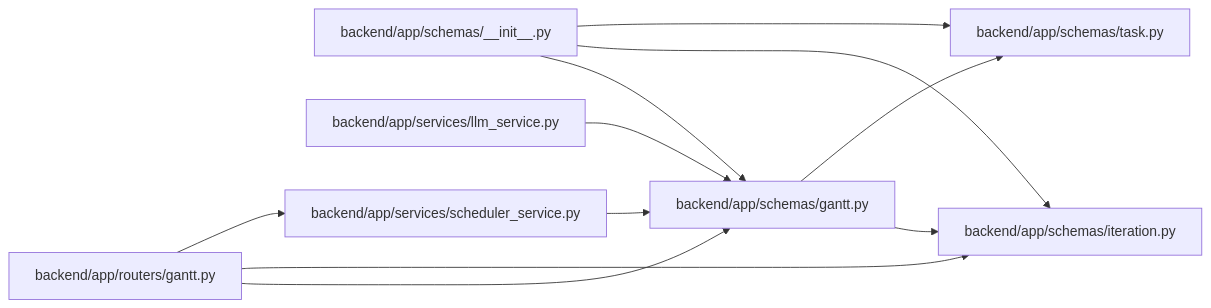
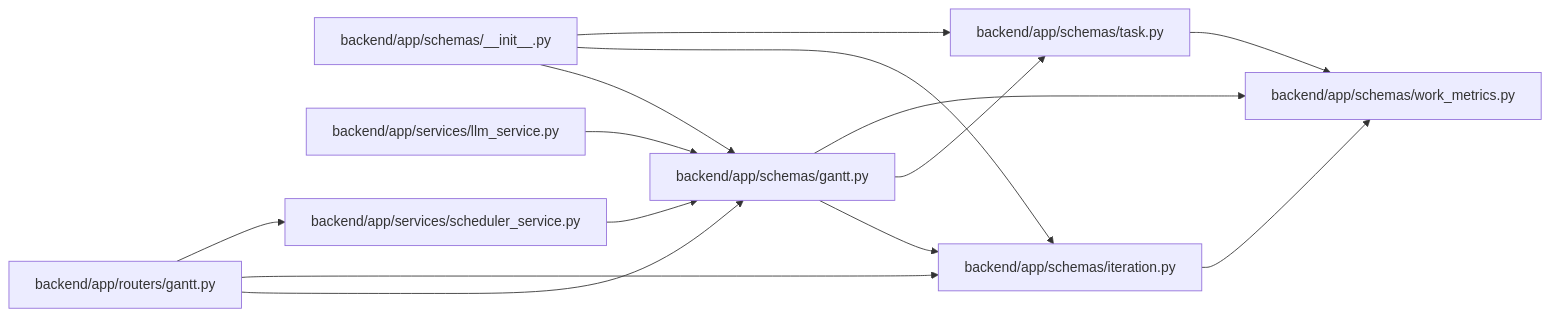
Before and after one commit to Denissvgn/WorkChord: the diagram in docs/llm_wiki/modules/schemas_gantt.md, drawn with Mermaid. The commit also changed other lines of this file and 958 other files, not shown here.

First line of the commit message:
docs(wiki): refresh identity and recovery architecture

````diff
--- a/docs/llm_wiki/modules/schemas_gantt.md
+++ b/docs/llm_wiki/modules/schemas_gantt.md
@@ -22,27 +23,32 @@
 ```mermaid
 flowchart LR
     n0["backend/app/routers/gantt.py"]
     n1["backend/app/schemas/__init__.py"]
     n2["backend/app/schemas/gantt.py"]
     n3["backend/app/schemas/iteration.py"]
     n4["backend/app/schemas/task.py"]
-    n5["backend/app/services/llm_service.py"]
-    n6["backend/app/services/scheduler_service.py"]
+    n5["backend/app/schemas/work_metrics.py"]
+    n6["backend/app/services/llm_service.py"]
+    n7["backend/app/services/scheduler_service.py"]
     n0 --> n2
     n0 --> n3
-    n0 --> n6
+    n0 --> n7
     n1 --> n2
     n1 --> n3
     n1 --> n4
     n2 --> n3
     n2 --> n4
-    n5 --> n2
+    n2 --> n5
+    n3 --> n5
+    n4 --> n5
     n6 --> n2
+    n7 --> n2
     click n0 "../modules/routers_gantt.md"
     click n1 "../modules/schemas___init__.md"
     click n2 "../modules/schemas_gantt.md"
     click n3 "../modules/schemas_iteration.md"
     click n4 "../modules/schemas_task.md"
-    click n5 "../modules/llm_service.md"
-    click n6 "../modules/scheduler_service.md"
+    click n5 "../modules/schemas_work_metrics.md"
+    click n6 "../modules/llm_service.md"
+    click n7 "../modules/scheduler_service.md"
 ```
````
